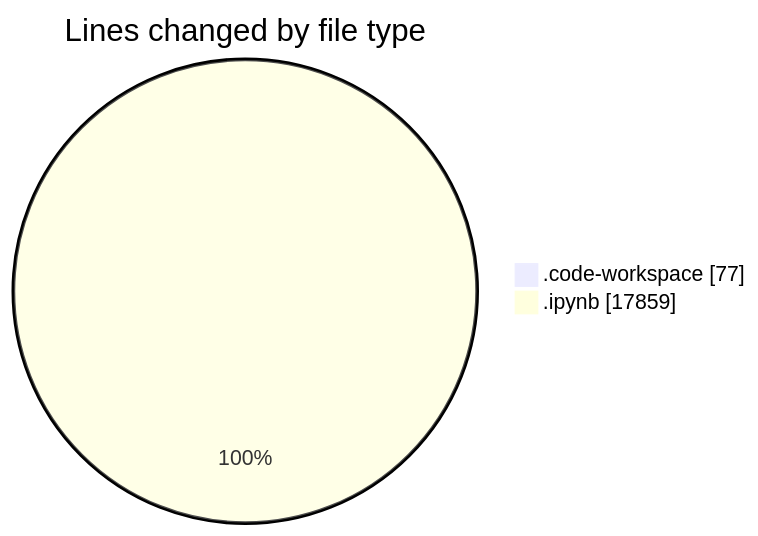
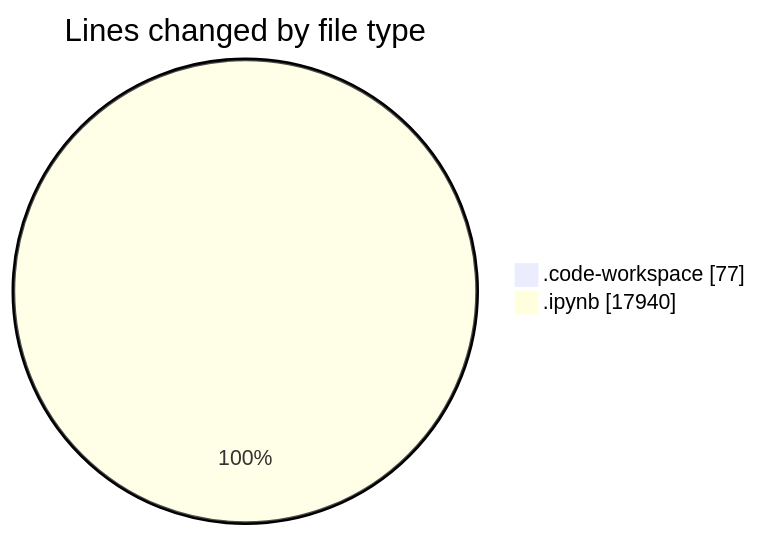
Before and after one commit to MatusMokan/code-tracking: the first of 2 diagrams in 2025-03-14/myws__workspace_/README.md, drawn with Mermaid. The commit also changed other lines of this file and 1 other file, not shown here.

````diff
--- a/2025-03-14/myws__workspace_/README.md
+++ b/2025-03-14/myws__workspace_/README.md
@@ -21,6 +21,6 @@
 ```mermaid
 pie showData
 title Lines changed by file type
 ".code-workspace" : 77
-".ipynb" : 17859
+".ipynb" : 17940
 ```
````
